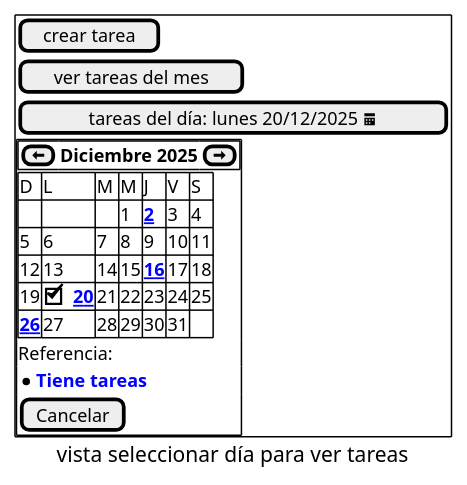
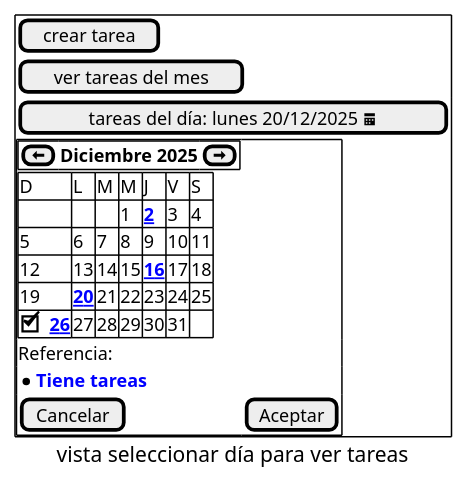
Before and after one commit to esteban4321duran/app-tareas-v1-docs: the diagram in ver-tareas-del-dia/gui-mockups/tareas-del-dia.pu, drawn with PlantUML. The commit also changed 1 other file, not shown here.

```diff
--- a/ver-tareas-del-dia/gui-mockups/tareas-del-dia.pu
+++ b/ver-tareas-del-dia/gui-mockups/tareas-del-dia.pu
@@ -1,26 +1,26 @@
 @startsalt
 caption vista seleccionar día para ver tareas
 {
     {+
         [crear tarea]
         [ver tareas del mes]
         [tareas del día: lunes 20/12/2025 <&calendar>]
         {+
             {+
                 [<&arrow-thick-left>]|**Diciembre 2025**|[<&arrow-thick-right>]|
             }
             {#
                 D | L | M | M | J | V | S
                 . | . | . | 1 |<b><u><color:blue>2 | 3 | 4
                 5 | 6 | 7 | 8 | 9 | 10 | 11
                 12 | 13 | 14 | 15 |<b><u><color:blue>16 | 17 | 18
-                19 |[X]<b><u><color:blue>20 | 21 | 22 | 23 | 24 | 25
-                <b><u><color:blue>26 | 27 | 28 | 29 | 30 | 31 | .
+                19 |<b><u><color:blue>20 | 21 | 22 | 23 | 24 | 25
+                [X]<b><u><color:blue>26 | 27 | 28 | 29 | 30 | 31 | .
             }
             Referencia:
             *<b><color:blue>Tiene tareas
-            [Cancelar] 
+            [Cancelar] | [Aceptar]
         }
     }
 }
 @endsalt
```
